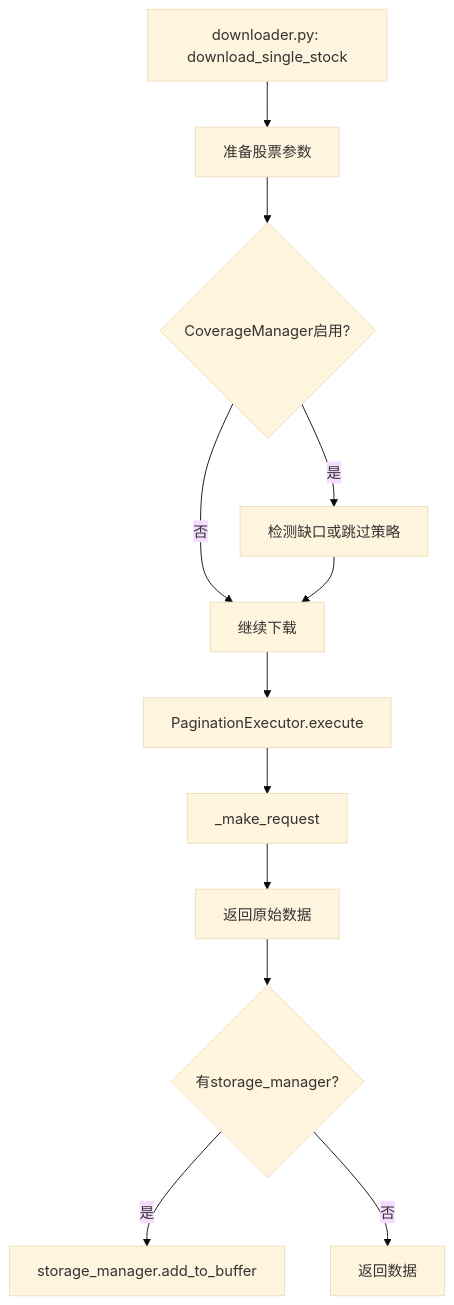
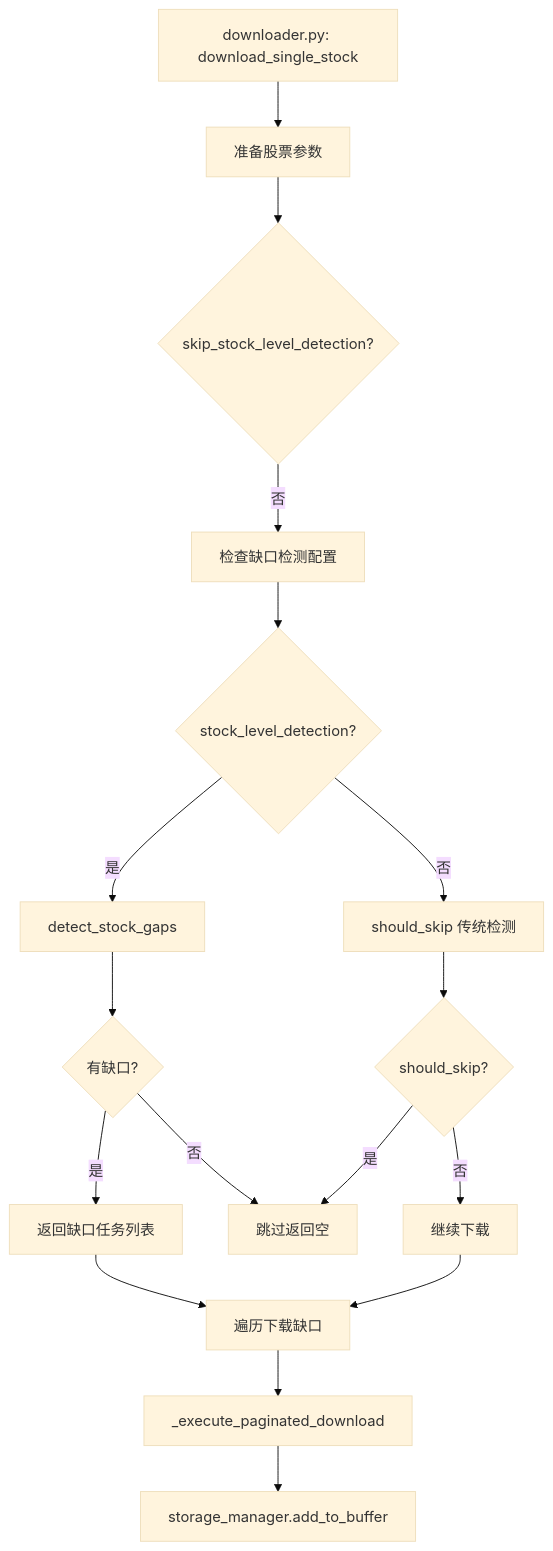
The ninth of 17 diagrams in p/main_to_interface_flow.md (k2o333/quantaalpha), drawn with Mermaid (base theme) before and after one commit. The commit also changed other lines of this file and 1 other file, not shown here.

````diff
--- a/p/main_to_interface_flow.md
+++ b/p/main_to_interface_flow.md
@@ -175,14 +326,19 @@
 ```mermaid
 graph TD
     A[downloader.py: download_single_stock] --> B[准备股票参数]
-    B --> C{CoverageManager启用?}
-    C -->|是| D[检测缺口或跳过策略]
-    C -->|否| E[继续下载]
-    D --> E
-    E --> F[PaginationExecutor.execute]
-    F --> G[_make_request]
-    G --> H[返回原始数据]
-    H --> I{有storage_manager?}
-    I -->|是| J[storage_manager.add_to_buffer]
-    I -->|否| K[返回数据]
+    B --> C{skip_stock_level_detection?}
+    C -->|否| D[检查缺口检测配置]
+    D --> E{stock_level_detection?}
+    E -->|是| F[detect_stock_gaps]
+    E -->|否| G[should_skip 传统检测]
+    F --> H{有缺口?}
+    H -->|是| I[返回缺口任务列表]
+    H -->|否| J[跳过返回空]
+    G --> K{should_skip?}
+    K -->|是| J
+    K -->|否| L[继续下载]
+    I --> M[遍历下载缺口]
+    L --> M
+    M --> N[_execute_paginated_download]
+    N --> O[storage_manager.add_to_buffer]
 ```
````
